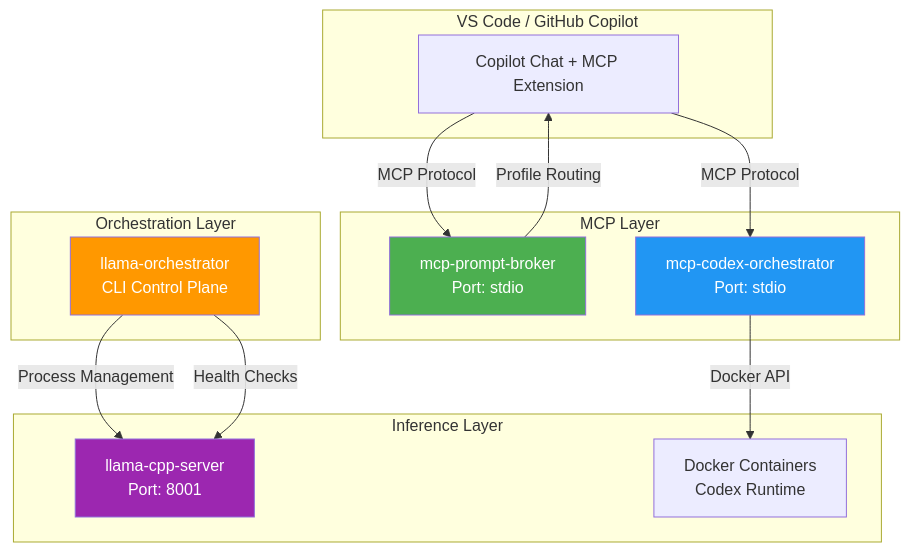
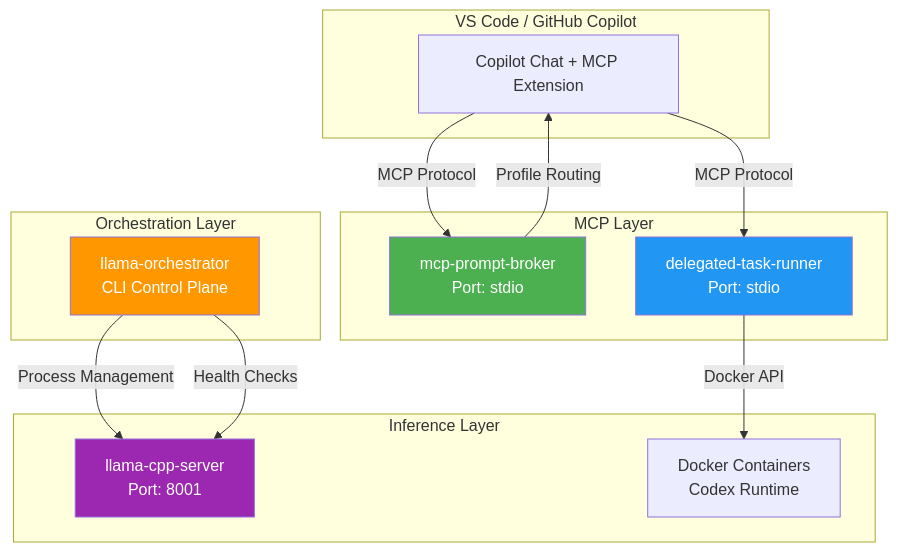
The first of 2 diagrams in docs/WORKSPACE_OVERVIEW.md (michaelprinc/MCP_prompt_broker), drawn with Mermaid before and after one commit. The commit also changed other lines of this file and 30 other files, not shown here.

First line of the commit message:
Refactor MCP Codex Orchestrator to Delegated Task Runner

````diff
--- a/docs/WORKSPACE_OVERVIEW.md
+++ b/docs/WORKSPACE_OVERVIEW.md
@@ -58,32 +58,32 @@
 ```mermaid
 graph TB
     subgraph "VS Code / GitHub Copilot"
         A[Copilot Chat + MCP Extension]
     end
     
     subgraph "MCP Layer"
         B[mcp-prompt-broker<br/>Port: stdio]
-        C[mcp-codex-orchestrator<br/>Port: stdio]
+        C[delegated-task-runner<br/>Port: stdio]
     end
     
     subgraph "Orchestration Layer"
         D[llama-orchestrator<br/>CLI Control Plane]
     end
     
     subgraph "Inference Layer"
         E[llama-cpp-server<br/>Port: 8001]
         F[Docker Containers<br/>Codex Runtime]
     end
     
     A -->|MCP Protocol| B
     A -->|MCP Protocol| C
     B -->|Profile Routing| A
     C -->|Docker API| F
     D -->|Process Management| E
     D -->|Health Checks| E
     
     style B fill:#4CAF50,color:#fff
     style C fill:#2196F3,color:#fff
     style D fill:#FF9800,color:#fff
     style E fill:#9C27B0,color:#fff
 ```
````
